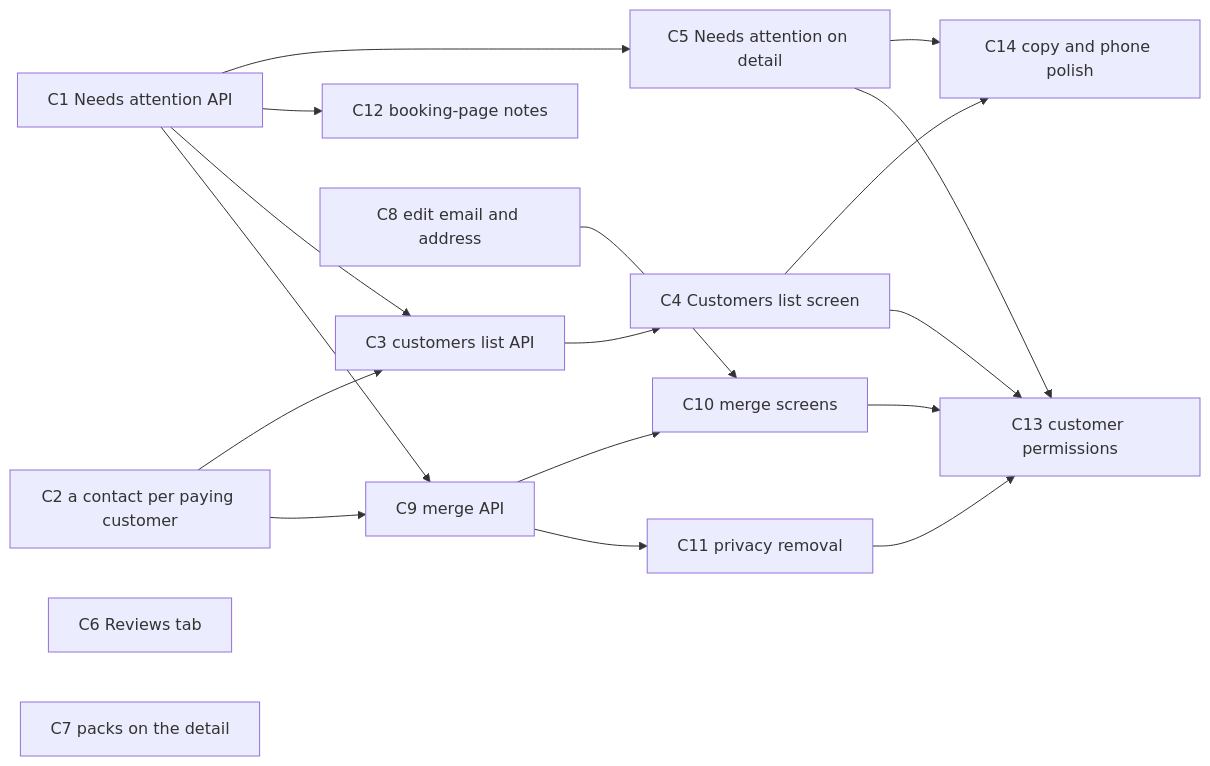
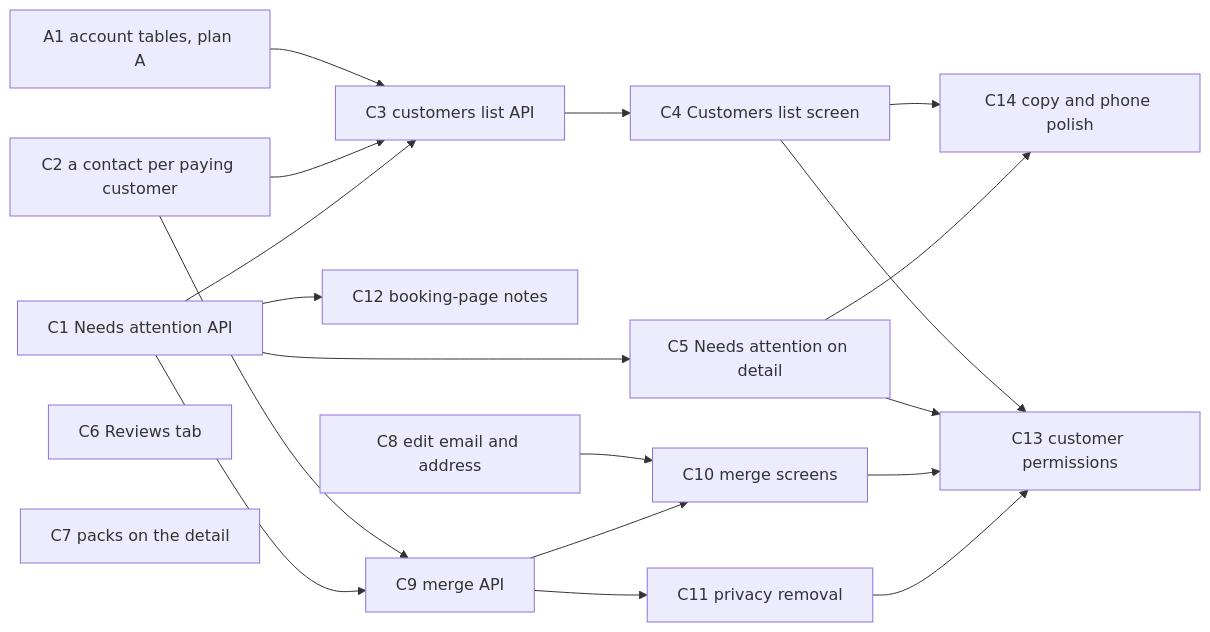
One commit to saroh-labs/saroh.in changed the fourth of 4 diagrams in docs/plans/2026-09-26-003-feat-customers-plan.md. Above: the diagram before and after it, drawn with Mermaid. The commit also changed other lines of this file, not shown here.

````diff
--- a/docs/plans/2026-09-26-003-feat-customers-plan.md
+++ b/docs/plans/2026-09-26-003-feat-customers-plan.md
@@ -298,21 +376,22 @@
 ```mermaid
 flowchart LR
+  A1[A1 account tables, plan A] --> C3
   C1[C1 Needs attention API] --> C5[C5 Needs attention on detail]
   C1 --> C12[C12 booking-page notes]
   C2[C2 a contact per paying customer] --> C3[C3 customers list API]
   C1 --> C3
   C3 --> C4[C4 Customers list screen]
   C6[C6 Reviews tab]
   C7[C7 packs on the detail]
   C8[C8 edit email and address] --> C10
   C2 --> C9[C9 merge API]
   C1 --> C9
   C9 --> C10[C10 merge screens]
   C9 --> C11[C11 privacy removal]
   C4 --> C14[C14 copy and phone polish]
   C5 --> C14
   C4 --> C13[C13 customer permissions]
   C5 --> C13
   C10 --> C13
   C11 --> C13
 ```
````
